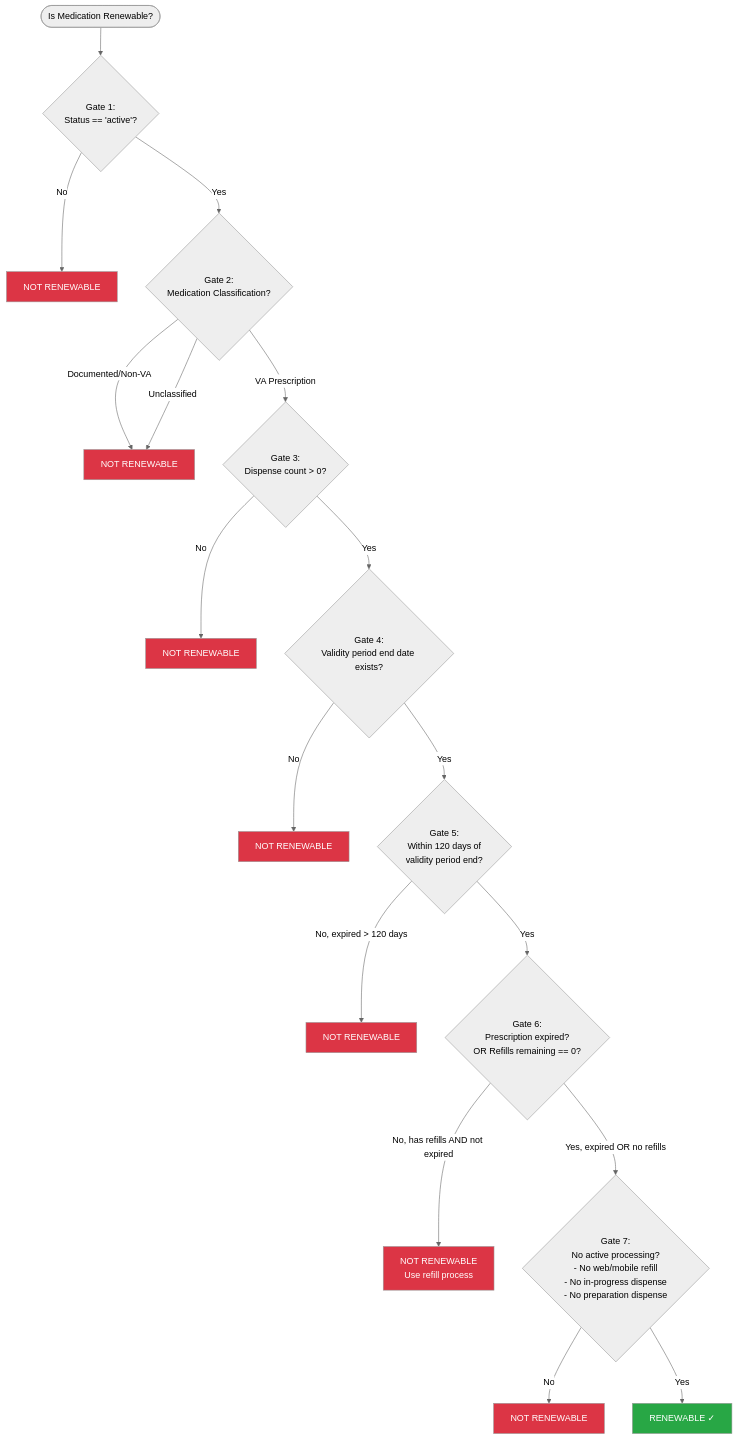
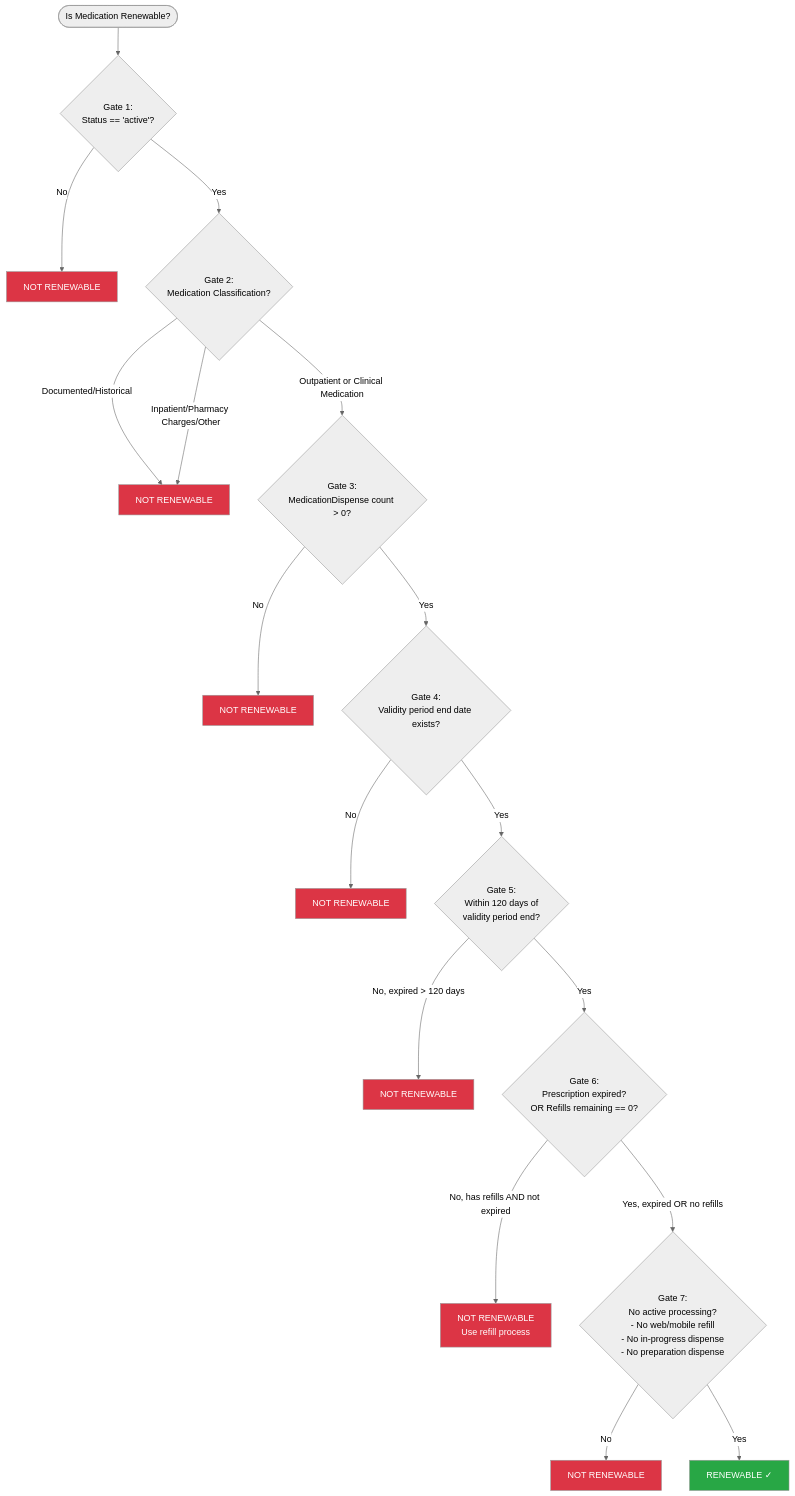
The diagram in products/health-care/digital-health-modernization/mhv-to-va.gov/medications/requirements/oracle_health_renewability_spec.md (department-of-veterans-affairs/va.gov-team), drawn with Mermaid (neutral theme) before and after one commit. The commit also changed other lines of this file, not shown here.

Commit message:
Revise medication classification criteria for renewability specification

````diff
--- a/products/health-care/digital-health-modernization/mhv-to-va.gov/medications/requirements/oracle_health_renewability_spec.md
+++ b/products/health-care/digital-health-modernization/mhv-to-va.gov/medications/requirements/oracle_health_renewability_spec.md
@@ -140,42 +134,42 @@
 ```mermaid
 flowchart TD
     Start([Is Medication Renewable?]) --> Gate1
 
     Gate1{Gate 1:<br/>Status == 'active'?}
     Gate1 -->|No| NotRenewable1[NOT RENEWABLE]
     Gate1 -->|Yes| Gate2
 
     Gate2{Gate 2:<br/>Medication Classification?}
-    Gate2 -->|Documented/Non-VA| NotRenewable2[NOT RENEWABLE]
-    Gate2 -->|Unclassified| NotRenewable2
-    Gate2 -->|VA Prescription| Gate3
+    Gate2 -->|Documented/Historical| NotRenewable2[NOT RENEWABLE]
+    Gate2 -->|Inpatient/Pharmacy Charges/Other| NotRenewable2
+    Gate2 -->|Outpatient or Clinical Medication| Gate3
 
-    Gate3{Gate 3:<br/>Dispense count > 0?}
+    Gate3{Gate 3:<br/>MedicationDispense count > 0?}
     Gate3 -->|No| NotRenewable3[NOT RENEWABLE]
     Gate3 -->|Yes| Gate4
 
     Gate4{Gate 4:<br/>Validity period end date exists?}
     Gate4 -->|No| NotRenewable4[NOT RENEWABLE]
     Gate4 -->|Yes| Gate5
 
     Gate5{Gate 5:<br/>Within 120 days of<br/>validity period end?}
     Gate5 -->|No, expired > 120 days| NotRenewable5[NOT RENEWABLE]
     Gate5 -->|Yes| Gate6
 
     Gate6{Gate 6:<br/>Prescription expired?<br/>OR Refills remaining == 0?}
     Gate6 -->|No, has refills AND not expired| NotRenewable6[NOT RENEWABLE<br/>Use refill process]
     Gate6 -->|Yes, expired OR no refills| Gate7
 
     Gate7{Gate 7:<br/>No active processing?<br/>- No web/mobile refill<br/>- No in-progress dispense<br/>- No preparation dispense}
     Gate7 -->|No| NotRenewable7[NOT RENEWABLE]
     Gate7 -->|Yes| Renewable[RENEWABLE ✓]
 
     style Renewable fill:#28a745,color:#fff
     style NotRenewable1 fill:#dc3545,color:#fff
     style NotRenewable2 fill:#dc3545,color:#fff
     style NotRenewable3 fill:#dc3545,color:#fff
     style NotRenewable4 fill:#dc3545,color:#fff
     style NotRenewable5 fill:#dc3545,color:#fff
     style NotRenewable6 fill:#dc3545,color:#fff
     style NotRenewable7 fill:#dc3545,color:#fff
 ```
````
